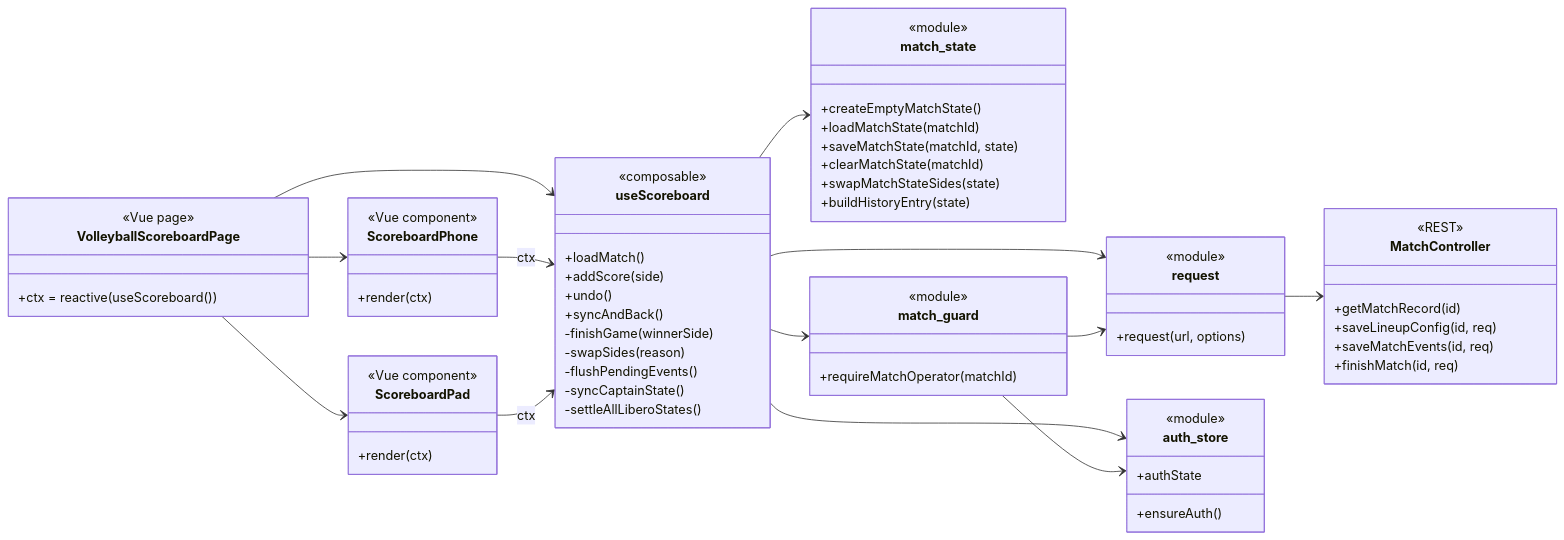
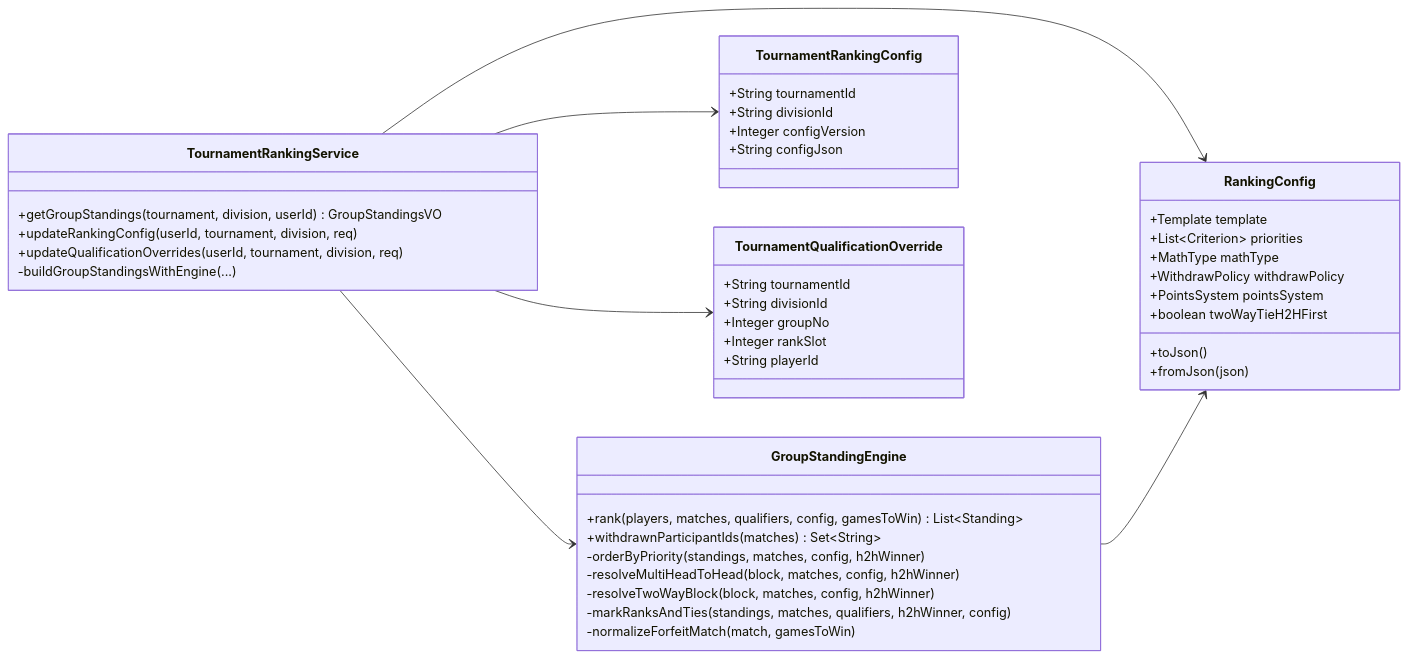
One commit to lijingyuu/Scoring changed the fifth of 10 diagrams in docs/类图.md. Above: the diagram before and after it, drawn with Mermaid. The commit also changed other lines of this file and 34 other files, not shown here.

First line of the commit message:
fix(review): 全链路审查缺陷修复与领域类图架构治理

````diff
--- a/docs/类图.md
+++ b/docs/类图.md
@@ -447,79 +509,53 @@
 ```mermaid
 classDiagram
 direction LR
 
-class VolleyballScoreboardPage {
-  <<Vue page>>
-  +ctx = reactive(useScoreboard())
+class TournamentRankingService {
+  +getGroupStandings(tournament, division, userId) GroupStandingsVO
+  +updateRankingConfig(userId, tournament, division, req)
+  +updateQualificationOverrides(userId, tournament, division, req)
+  -buildGroupStandingsWithEngine(...)
 }
 
-class ScoreboardPhone {
-  <<Vue component>>
-  +render(ctx)
+class GroupStandingEngine {
+  +rank(players, matches, qualifiers, config, gamesToWin) List~Standing~
+  +withdrawnParticipantIds(matches) Set~String~
+  -orderByPriority(standings, matches, config, h2hWinner)
+  -resolveMultiHeadToHead(block, matches, config, h2hWinner)
+  -resolveTwoWayBlock(block, matches, config, h2hWinner)
+  -markRanksAndTies(standings, matches, qualifiers, h2hWinner, config)
+  -normalizeForfeitMatch(match, gamesToWin)
 }
 
-class ScoreboardPad {
-  <<Vue component>>
-  +render(ctx)
+class RankingConfig {
+  +Template template
+  +List~Criterion~ priorities
+  +MathType mathType
+  +WithdrawPolicy withdrawPolicy
+  +PointsSystem pointsSystem
+  +boolean twoWayTieH2HFirst
+  +toJson()
+  +fromJson(json)
 }
 
-class useScoreboard {
-  <<composable>>
-  +loadMatch()
-  +addScore(side)
-  +undo()
-  +syncAndBack()
-  -finishGame(winnerSide)
-  -swapSides(reason)
-  -flushPendingEvents()
-  -syncCaptainState()
-  -settleAllLiberoStates()
+class TournamentRankingConfig {
+  +String tournamentId
+  +String divisionId
+  +Integer configVersion
+  +String configJson
 }
 
-class match_state {
-  <<module>>
-  +createEmptyMatchState()
-  +loadMatchState(matchId)
-  +saveMatchState(matchId, state)
-  +clearMatchState(matchId)
-  +swapMatchStateSides(state)
-  +buildHistoryEntry(state)
+class TournamentQualificationOverride {
+  +String tournamentId
+  +String divisionId
+  +Integer groupNo
+  +Integer rankSlot
+  +String playerId
 }
 
-class match_guard {
-  <<module>>
-  +requireMatchOperator(matchId)
-}
-
-class request {
-  <<module>>
-  +request(url, options)
-}
-
-class auth_store {
-  <<module>>
-  +ensureAuth()
-  +authState
-}
-
-class MatchController {
-  <<REST>>
-  +getMatchRecord(id)
-  +saveLineupConfig(id, req)
-  +saveMatchEvents(id, req)
-  +finishMatch(id, req)
-}
-
-VolleyballScoreboardPage --> useScoreboard
-VolleyballScoreboardPage --> ScoreboardPhone
-VolleyballScoreboardPage --> ScoreboardPad
-ScoreboardPhone --> useScoreboard : ctx
-ScoreboardPad --> useScoreboard : ctx
-useScoreboard --> match_state
-useScoreboard --> match_guard
-useScoreboard --> request
-useScoreboard --> auth_store
-request --> MatchController
-match_guard --> request
-match_guard --> auth_store
+TournamentRankingService --> GroupStandingEngine
+TournamentRankingService --> RankingConfig
+TournamentRankingService --> TournamentRankingConfig
+TournamentRankingService --> TournamentQualificationOverride
+GroupStandingEngine --> RankingConfig
 ```
````
